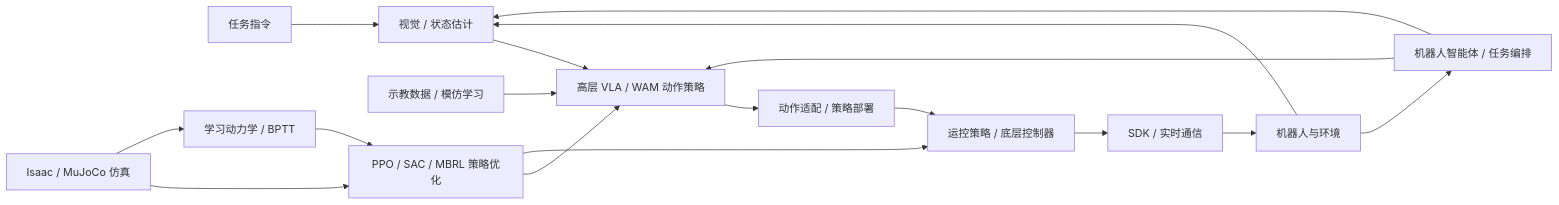
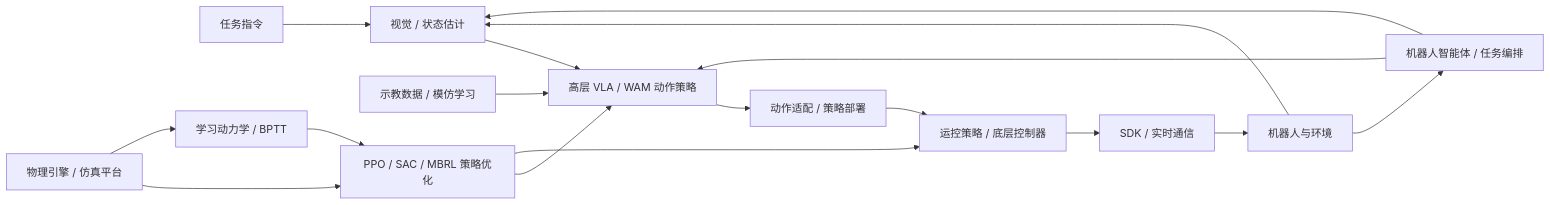
One commit to zengxiong111/Foundation_of_Embodied_AI changed the diagram in syllabus/COURSE_MAP_ZH.md. Above: the diagram before and after it, drawn with Mermaid. The commit also changed other lines of this file and 14 other files, not shown here.

````diff
--- a/syllabus/COURSE_MAP_ZH.md
+++ b/syllabus/COURSE_MAP_ZH.md
@@ -33,20 +33,20 @@
 ```mermaid
 flowchart LR
  A["任务指令"] --> B["视觉 / 状态估计"]
  B --> C["高层 VLA / WAM 动作策略"]
  C --> P["动作适配 / 策略部署"]
  P --> D["运控策略 / 底层控制器"]
  D --> T["SDK / 实时通信"]
  T --> E["机器人与环境"]
  E --> B
  F["示教数据 / 模仿学习"] --> C
- G["Isaac / MuJoCo 仿真"] --> H["PPO / SAC / MBRL 策略优化"]
+ G["物理引擎 / 仿真平台"] --> H["PPO / SAC / MBRL 策略优化"]
  H --> C
  H --> D
  M["学习动力学 / BPTT"]
  G --> M
  M --> H
  X["机器人智能体 / 任务编排"] --> B
  X --> C
  E --> X
 ```
````
